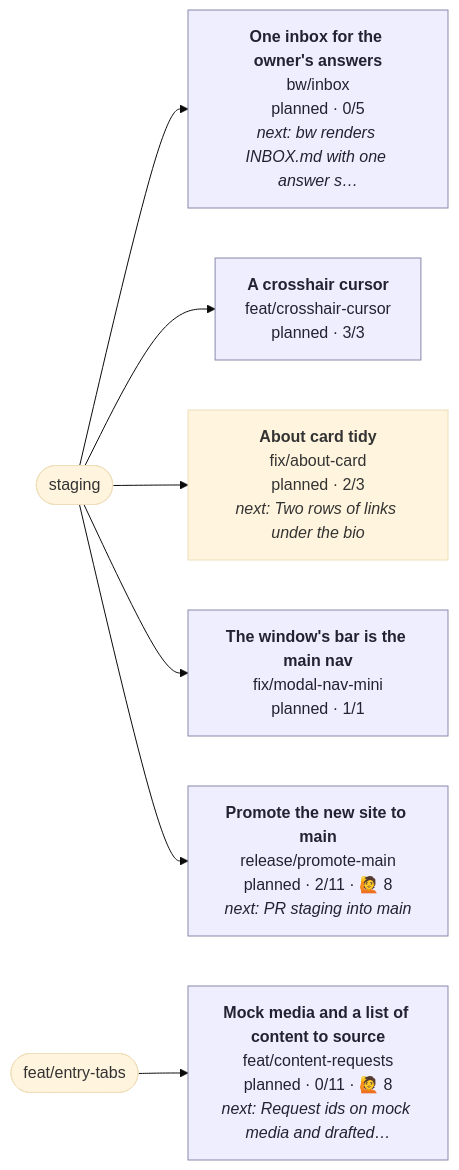
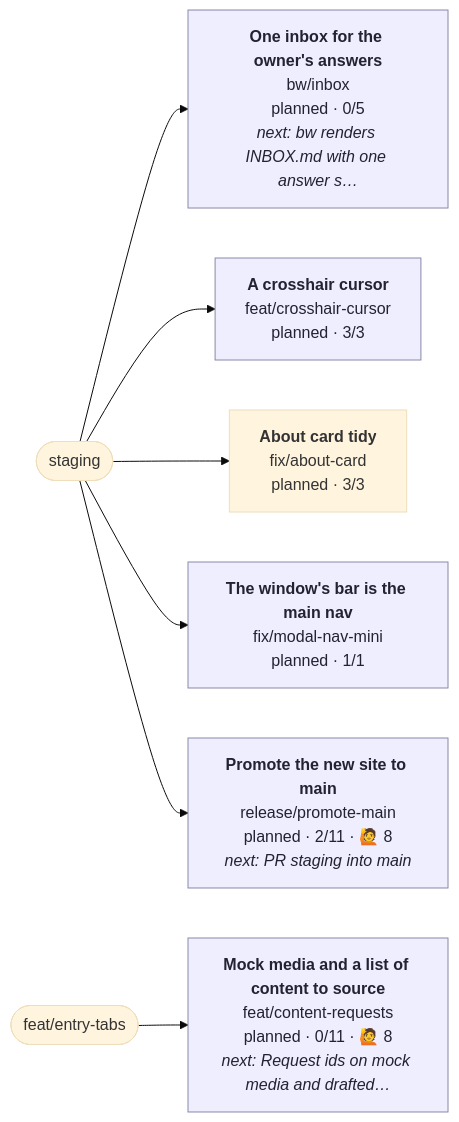
One commit to henryjonescodes/portfolio changed the diagram in CONTRIBUTING.md. Above: the diagram before and after it, drawn with Mermaid (base theme). The commit also changed other lines of this file, not shown here.

````diff
--- a/CONTRIBUTING.md
+++ b/CONTRIBUTING.md
@@ -17,28 +17,28 @@
 ```mermaid
 flowchart LR
   n_staging([staging])
   n_feat_entry_tabs([feat/entry-tabs])
   n_bw_inbox["<b>One inbox for the owner's answers</b><br/>bw/inbox<br/>planned · 0/5<br/><i>next: bw renders INBOX.md with one answer s…</i>"]
   class n_bw_inbox planned
   n_staging --> n_bw_inbox
   n_feat_content_requests["<b>Mock media and a list of content to source</b><br/>feat/content-requests<br/>planned · 0/11 · 🙋 8<br/><i>next: Request ids on mock media and drafted…</i>"]
   class n_feat_content_requests planned
   n_feat_entry_tabs --> n_feat_content_requests
   n_feat_crosshair_cursor["<b>A crosshair cursor</b><br/>feat/crosshair-cursor<br/>planned · 3/3"]
   class n_feat_crosshair_cursor planned
   n_staging --> n_feat_crosshair_cursor
-  n_fix_about_card["<b>About card tidy</b><br/>fix/about-card<br/>planned · 2/3<br/><i>next: Two rows of links under the bio</i>"]
+  n_fix_about_card["<b>About card tidy</b><br/>fix/about-card<br/>planned · 3/3"]
   class n_fix_about_card planned,current
   n_staging --> n_fix_about_card
   n_fix_modal_nav_mini["<b>The window's bar is the main nav</b><br/>fix/modal-nav-mini<br/>planned · 1/1"]
   class n_fix_modal_nav_mini planned
   n_staging --> n_fix_modal_nav_mini
   n_release_promote_main["<b>Promote the new site to main</b><br/>release/promote-main<br/>planned · 2/11 · 🙋 8<br/><i>next: PR staging into main</i>"]
   class n_release_promote_main planned
   n_staging --> n_release_promote_main
   classDef planned fill:#eef,stroke:#88a,color:#223
   classDef active fill:#dfd,stroke:#3a3,stroke-width:3px,color:#132
   classDef blocked fill:#fdd,stroke:#c33,color:#311
   classDef review fill:#ffd,stroke:#cc3,color:#331
   classDef current stroke:#06c,stroke-width:4px
 ```
````
